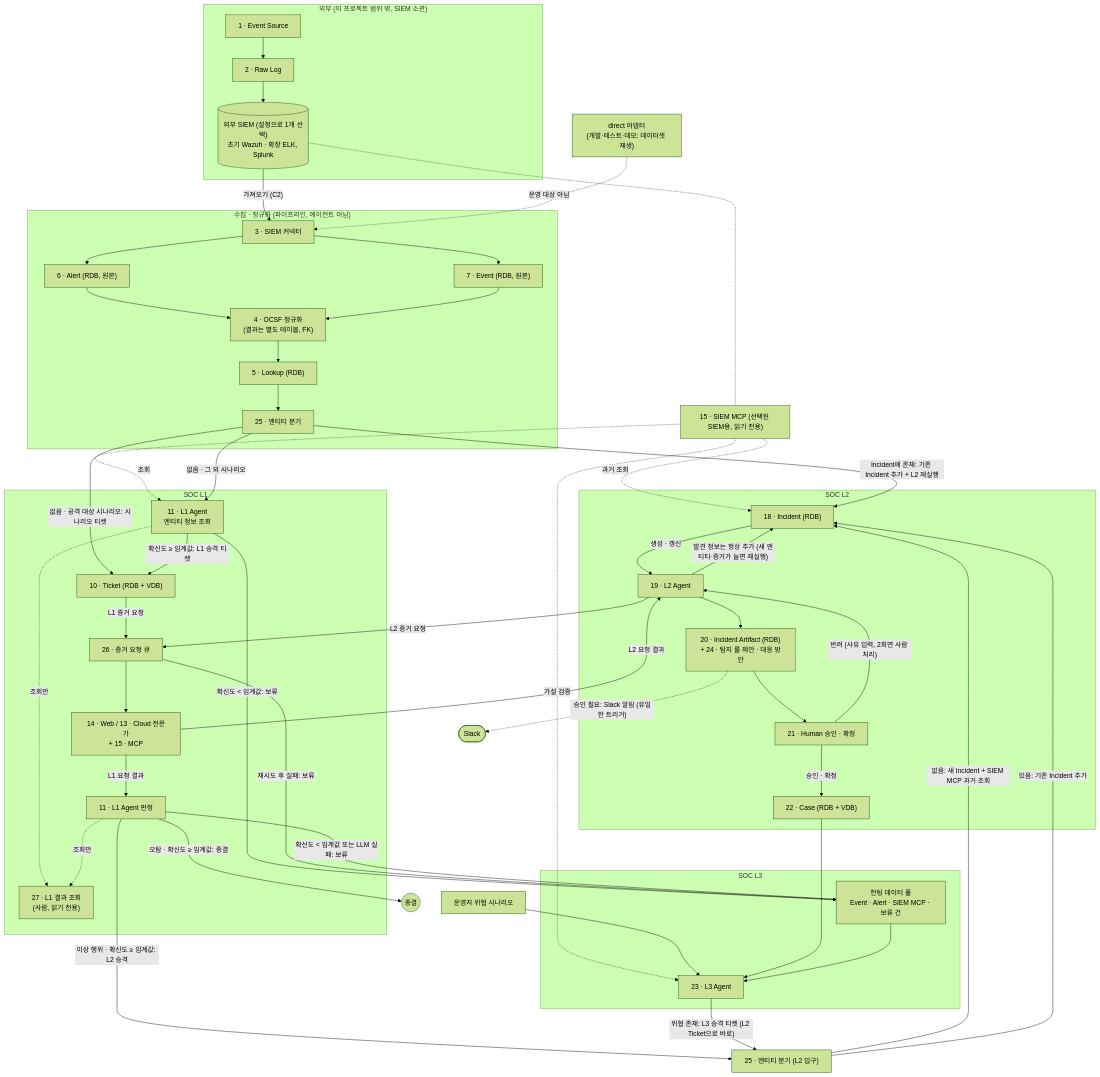
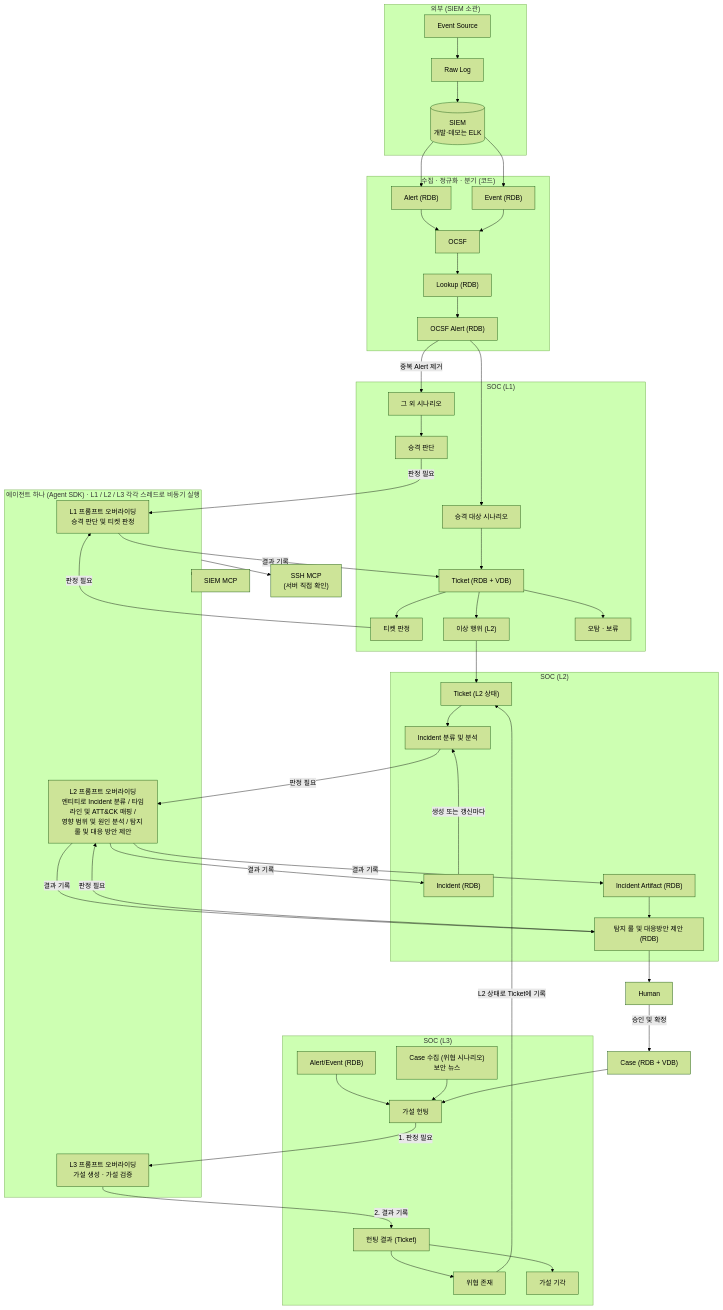
Before and after one commit to 0-Ticket/0-Ticket: the diagram in docs/architecture.md, drawn with Mermaid (forest theme). The commit also changed other lines of this file and 1 other file, not shown here.

Commit message:
docs(docs): replace the architecture diagram with the v3 figure and box table (#182)

````diff
--- a/docs/architecture.md
+++ b/docs/architecture.md
@@ -3,78 +9,68 @@
 ```mermaid
 flowchart TB
-  subgraph OUT["외부 (이 프로젝트 범위 밖, SIEM 소관)"]
-    ES["1 · Event Source"] --> RAW["2 · Raw Log"]
-    EXT[("외부 SIEM (설정으로 1개 선택)<br/>초기 Wazuh · 확장 ELK, Splunk")]
-  end
-  DIRECT["direct 어댑터<br/>(개발·테스트·데모: 데이터셋 재생)"]
-
-  subgraph P0["수집 · 정규화 (파이프라인, 에이전트 아님)"]
-    CON["3 · SIEM 커넥터"]
-    CON --> AL["6 · Alert (RDB, 원본)"]
-    CON --> EV["7 · Event (RDB, 원본)"]
-    AL --> OCSF["4 · OCSF 정규화<br/>(결과는 별도 테이블, FK)"]
-    EV --> OCSF
-    OCSF --> LK["5 · Lookup (RDB)"]
-    LK --> BR["25 · 엔티티 분기"]
+  subgraph OUT["외부 (SIEM 소관)"]
+    ES["Event Source"] --> RAW["Raw Log"] --> SIEM[("SIEM<br/>개발·데모는 ELK")]
   end
 
-  subgraph L1G["SOC L1"]
-    L1Q["11 · L1 Agent<br/>엔티티 정보 조회"]
-    TK["10 · Ticket (RDB + VDB)"]
-    Q["26 · 증거 요청 큐"]
-    SP["14 · Web / 13 · Cloud 전문가<br/>+ 15 · MCP"]
-    L1V["11 · L1 Agent 판정"]
-    L1R["27 · L1 결과 조회<br/>(사람, 읽기 전용)"]
+  subgraph PIPE["수집 · 정규화 · 분기 (코드)"]
+    AL["Alert (RDB)"]
+    EV["Event (RDB)"]
+    OCSF["OCSF"]
+    LK["Lookup (RDB)"]
+    OA["OCSF Alert (RDB)"]
   end
 
-  SMCP["15 · SIEM MCP (선택된 SIEM용, 읽기 전용)"]
+  SIEM --> AL --> OCSF
+  SIEM --> EV --> OCSF
+  OCSF --> LK --> OA
 
-  subgraph L2G["SOC L2"]
-    INC["18 · Incident (RDB)"]
-    L2["19 · L2 Agent"]
-    ART["20 · Incident Artifact (RDB)<br/>+ 24 · 탐지 룰 제안 · 대응 방안"]
-    H["21 · Human 승인 · 확정"]
-    CASE["22 · Case (RDB + VDB)"]
+  subgraph L1G["SOC (L1)"]
+    ETC["그 외 시나리오"] --> PROMO["승격 판단"]
+    SCN["승격 대상 시나리오"] --> TK["Ticket (RDB + VDB)"]
+    TK --> TRI["티켓 판정"]
+    TK --> ANOM["이상 행위 (L2)"]
+    TK --> FP["오탐 · 보류"]
   end
 
-  subgraph L3G["SOC L3"]
-    POOL["헌팅 데이터 풀<br/>Event · Alert · SIEM MCP · 보류 건"]
-    L3["23 · L3 Agent"]
+  OA -- "중복 Alert 제거" --> ETC
+  OA --> SCN
+
+  subgraph L2G["SOC (L2)"]
+    TK2["Ticket (L2 상태)"] --> CLS["Incident 분류 및 분석"]
+    INC["Incident (RDB)"] -- "생성 또는 갱신마다" --> CLS
+    ART["Incident Artifact (RDB)"] --> RULE["탐지 룰 및 대응방안 제안 (RDB)"]
   end
 
-  RAW --> EXT
-  EXT -- "가져오기 (C2)" --> CON
-  DIRECT -. "운영 대상 아님" .-> CON
-  EXT -.- SMCP
-  SMCP -. "조회" .-> L1Q
-  SMCP -. "과거 조회" .-> INC
-  SMCP -. "가설 검증" .-> L3
+  ANOM --> TK2
+  RULE --> HUMAN["Human"] -- "승인 및 확정" --> CASE["Case (RDB + VDB)"]
 
-  BR -- "Incident에 존재: 기존 Incident 추가 + L2 재실행" --> INC
-  BR -- "없음 · 공격 대상 시나리오: 시나리오 티켓" --> TK
-  BR -- "없음 · 그 외 시나리오" --> L1Q
-  L1Q -- "확신도 ≥ 임계값: L1 승격 티켓" --> TK
-  L1Q -- "확신도 < 임계값: 보류" --> POOL
-  TK -- "L1 증거 요청" --> Q --> SP
-  SP -- "L1 요청 결과" --> L1V
-  Q -- "재시도 후 실패: 보류" --> POOL
-  L1V -- "오탐 · 확신도 ≥ 임계값: 종결" --> END1(("종결"))
-  L1V -- "확신도 < 임계값 또는 LLM 실패: 보류" --> POOL
-  L1V -- "이상 행위 · 확신도 ≥ 임계값: L2 승격" --> BR2["25 · 엔티티 분기 (L2 입구)"]
-  L1Q -. "조회만" .-> L1R
-  L1V -. "조회만" .-> L1R
-  BR2 -- "없음: 새 Incident + SIEM MCP 과거 조회" --> INC
-  BR2 -- "있음: 기존 Incident 추가" --> INC
-  INC -- "생성 · 갱신" --> L2
-  L2 -- "L2 증거 요청" --> Q
-  SP -- "L2 요청 결과" --> L2
-  L2 -- "발견 정보는 항상 추가 (새 엔티티·증거가 늘면 재실행)" --> INC
-  L2 --> ART --> H
-  H -- "승인 · 확정" --> CASE
-  H -- "반려 (사유 입력, 2회면 사람 처리)" --> L2
-  ART -. "승인 필요: Slack 알림 (유일한 트리거)" .-> SLACK(["Slack"])
-  OP["운영자 위협 시나리오"] --> L3
-  CASE --> L3
-  POOL --> L3
-  L3 -- "위협 존재: L3 승격 티켓 (L2 Ticket으로 바로)" --> BR2
+  subgraph L3G["SOC (L3)"]
+    AE["Alert/Event (RDB)"] --> HUNT["가설 헌팅"]
+    NEWS["Case 수집 (위협 시나리오)<br/>보안 뉴스"] --> HUNT
+    HR["헌팅 결과 (Ticket)"] --> THREAT["위협 존재"]
+    HR --> REJ["가설 기각"]
+  end
+
+  CASE --> HUNT
+  THREAT -- "L2 상태로 Ticket에 기록" --> TK2
+
+  subgraph AG["에이전트 하나 (Agent SDK) · L1 / L2 / L3 각각 스레드로 비동기 실행"]
+    A1["L1 프롬프트 오버라이딩<br/>승격 판단 및 티켓 판정"]
+    A2["L2 프롬프트 오버라이딩<br/>엔티티로 Incident 분류 / 타임라인 및 ATT&CK 매핑 /<br/>영향 범위 및 원인 분석 / 탐지 룰 및 대응 방안 제안"]
+    A3["L3 프롬프트 오버라이딩<br/>가설 생성 · 가설 검증"]
+  end
+
+  PROMO -- "판정 필요" --> A1
+  TRI -- "판정 필요" --> A1
+  A1 -- "결과 기록" --> TK
+  CLS -- "판정 필요" --> A2
+  RULE -- "판정 필요" --> A2
+  A2 -- "결과 기록" --> INC
+  A2 -- "결과 기록" --> ART
+  A2 -- "결과 기록" --> RULE
+  HUNT -- "1. 판정 필요" --> A3
+  A3 -- "2. 결과 기록" --> HR
+
+  AG --> SMCP["SIEM MCP"]
+  AG --> SSH["SSH MCP<br/>(서버 직접 확인)"]
 ```
````
